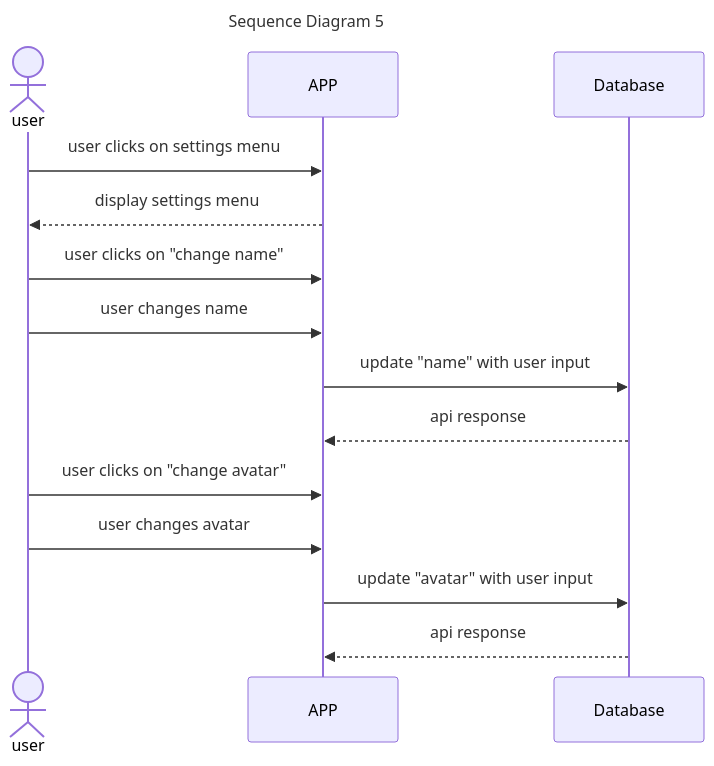
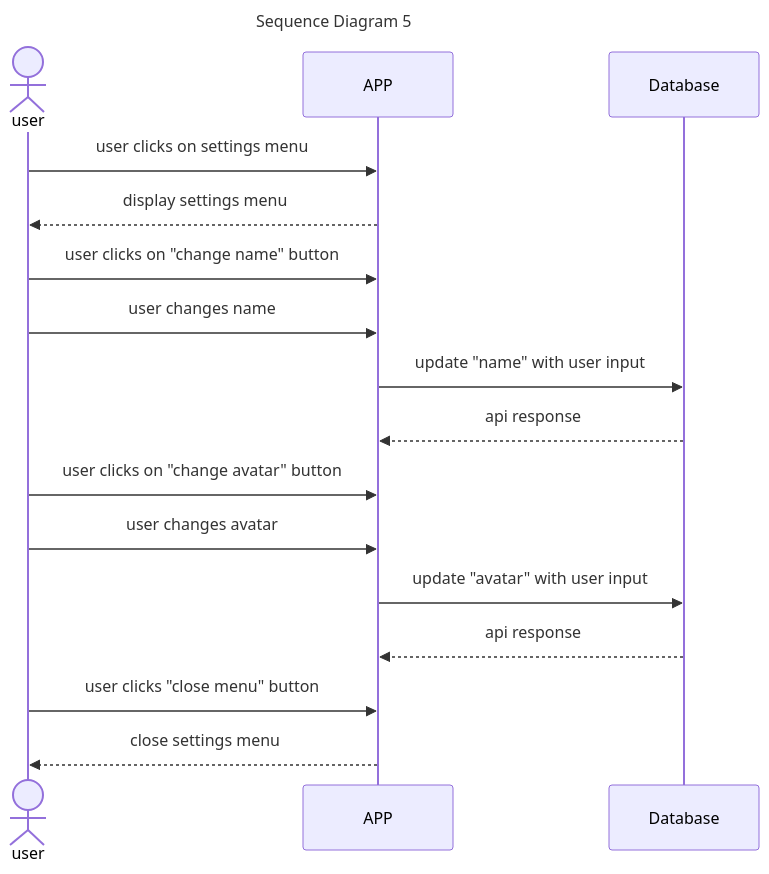
Before and after one commit to Capstone-Projects-2023-Fall/project-ar-pet-pals: the fifth of 8 diagrams in documentation/docs/system-architecture/sequence-diagrams.md, drawn with Mermaid.

````diff
--- a/documentation/docs/system-architecture/sequence-diagrams.md
+++ b/documentation/docs/system-architecture/sequence-diagrams.md
@@ -178,18 +178,20 @@
 ```mermaid
 sequenceDiagram
     title Sequence Diagram 5
 
     actor user
     participant APP
 
     user->>APP: user clicks on settings menu
     APP-->>user: display settings menu
-    user->>APP: user clicks on "change name"
+    user->>APP: user clicks on "change name" button
     user->>APP: user changes name
     APP->>Database: update "name" with user input
     Database-->>APP: api response
-    user->>APP: user clicks on "change avatar"
+    user->>APP: user clicks on "change avatar" button
     user->>APP: user changes avatar
     APP->>Database: update "avatar" with user input
     Database-->>APP: api response
+    user->>APP: user clicks "close menu" button
+    APP-->>user: close settings menu
 ```
````
